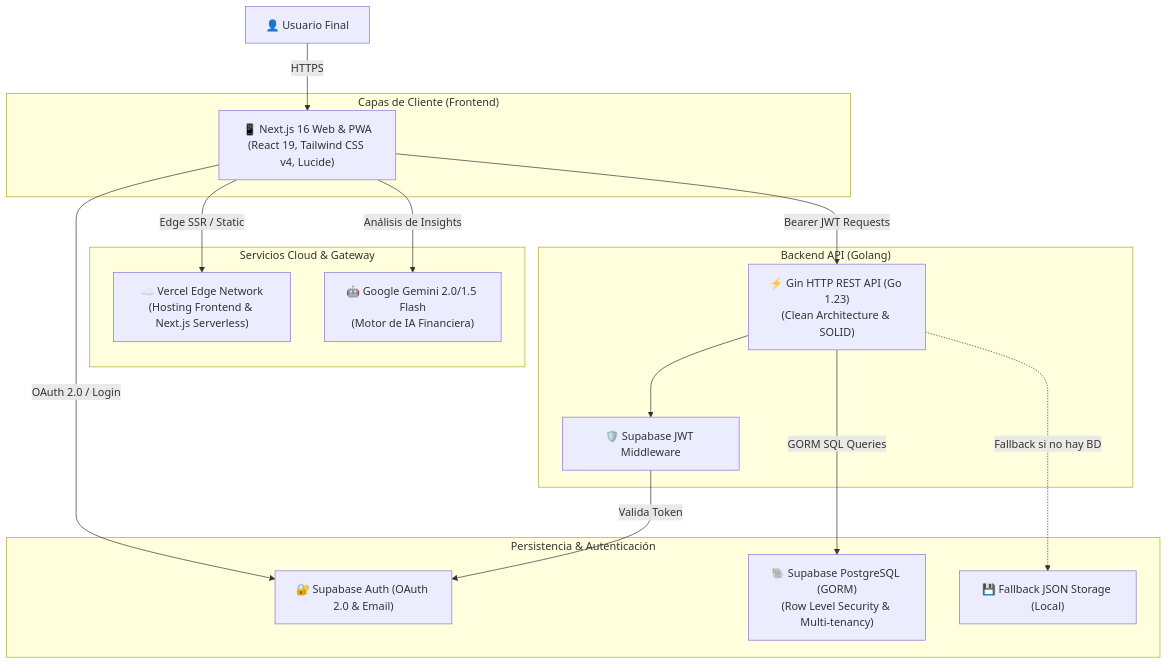
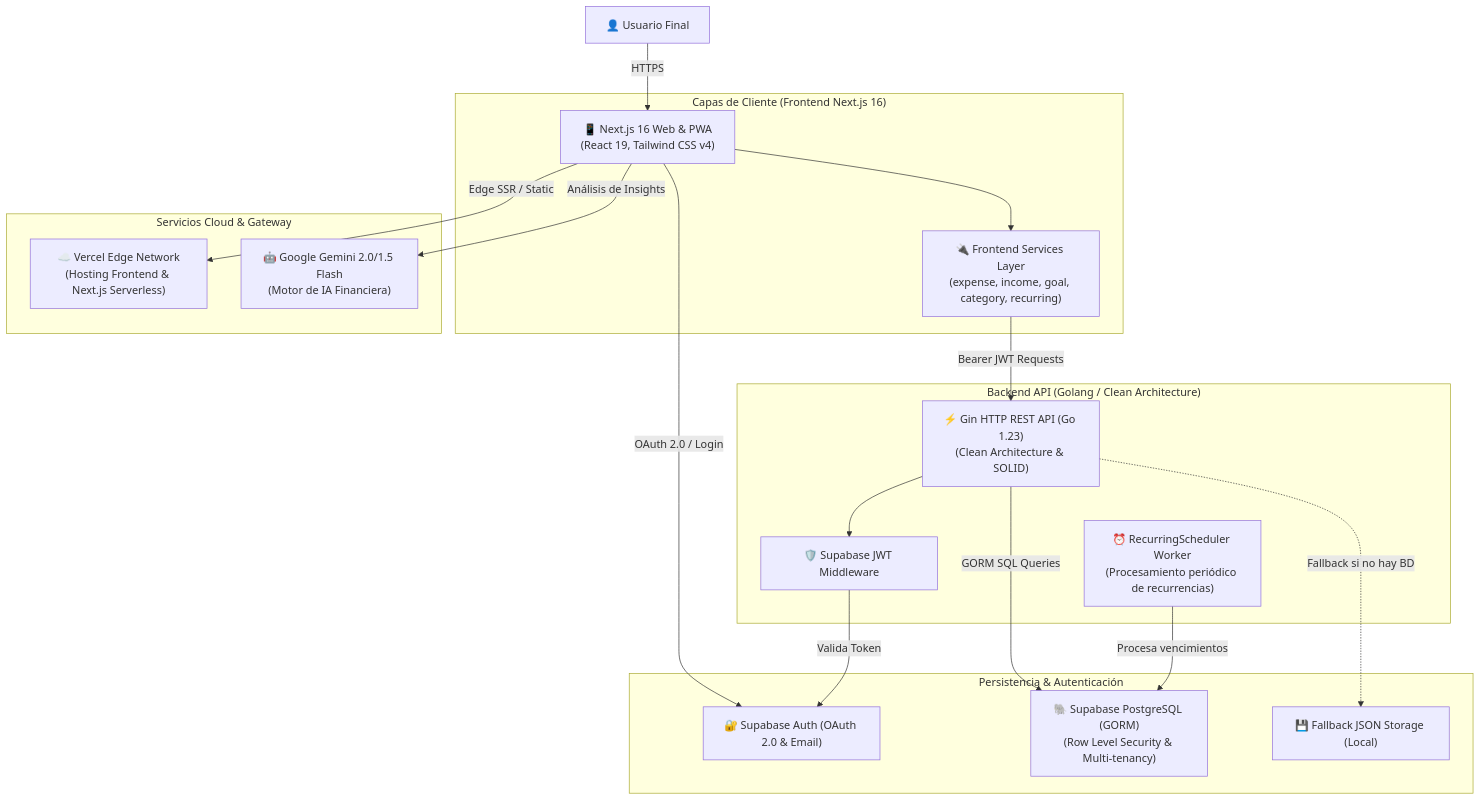
The first of 2 diagrams in docs/ARCHITECTURE.md (TonyBrTs/Fintrack), drawn with Mermaid before and after one commit. The commit also changed other lines of this file and 33 other files, not shown here.

Commit message:
docs(arch): documentar arquitectura completa, adrs y refactorizar bajo principios solid en backend y frontend

````diff
--- a/docs/ARCHITECTURE.md
+++ b/docs/ARCHITECTURE.md
@@ -9,34 +9,38 @@
 ```mermaid
 graph TB
     User[👤 Usuario Final]
 
-    subgraph ClientLayer ["Capas de Cliente (Frontend)"]
-        WebPWA["📱 Next.js 16 Web & PWA<br/>(React 19, Tailwind CSS v4, Lucide)"]
+    subgraph ClientLayer ["Capas de Cliente (Frontend Next.js 16)"]
+        WebPWA["📱 Next.js 16 Web & PWA<br/>(React 19, Tailwind CSS v4)"]
+        ServicesLayer["🔌 Frontend Services Layer<br/>(expense, income, goal, category, recurring)"]
     end
 
     subgraph EdgeLayer ["Servicios Cloud & Gateway"]
         VercelCDN["☁️ Vercel Edge Network<br/>(Hosting Frontend & Next.js Serverless)"]
         GeminiAPI["🤖 Google Gemini 2.0/1.5 Flash<br/>(Motor de IA Financiera)"]
     end
 
-    subgraph BackendLayer ["Backend API (Golang)"]
+    subgraph BackendLayer ["Backend API (Golang / Clean Architecture)"]
         GinAPI["⚡ Gin HTTP REST API (Go 1.23)<br/>(Clean Architecture & SOLID)"]
         AuthMiddleware["🛡️ Supabase JWT Middleware"]
+        Scheduler["⏰ RecurringScheduler Worker<br/>(Procesamiento periódico de recurrencias)"]
     end
 
     subgraph DataLayer ["Persistencia & Autenticación"]
         SupabaseAuth["🔐 Supabase Auth (OAuth 2.0 & Email)"]
         PostgresDB["🐘 Supabase PostgreSQL (GORM)<br/>(Row Level Security & Multi-tenancy)"]
         LocalJSON["💾 Fallback JSON Storage (Local)"]
     end
 
     User -->|HTTPS| WebPWA
+    WebPWA --> ServicesLayer
     WebPWA -->|Edge SSR / Static| VercelCDN
     WebPWA -->|Análisis de Insights| GeminiAPI
     WebPWA -->|OAuth 2.0 / Login| SupabaseAuth
-    WebPWA -->|Bearer JWT Requests| GinAPI
+    ServicesLayer -->|Bearer JWT Requests| GinAPI
     GinAPI --> AuthMiddleware
     AuthMiddleware -->|Valida Token| SupabaseAuth
     GinAPI -->|GORM SQL Queries| PostgresDB
     GinAPI -.->|Fallback si no hay BD| LocalJSON
+    Scheduler -->|Procesa vencimientos| PostgresDB
 ```
````
